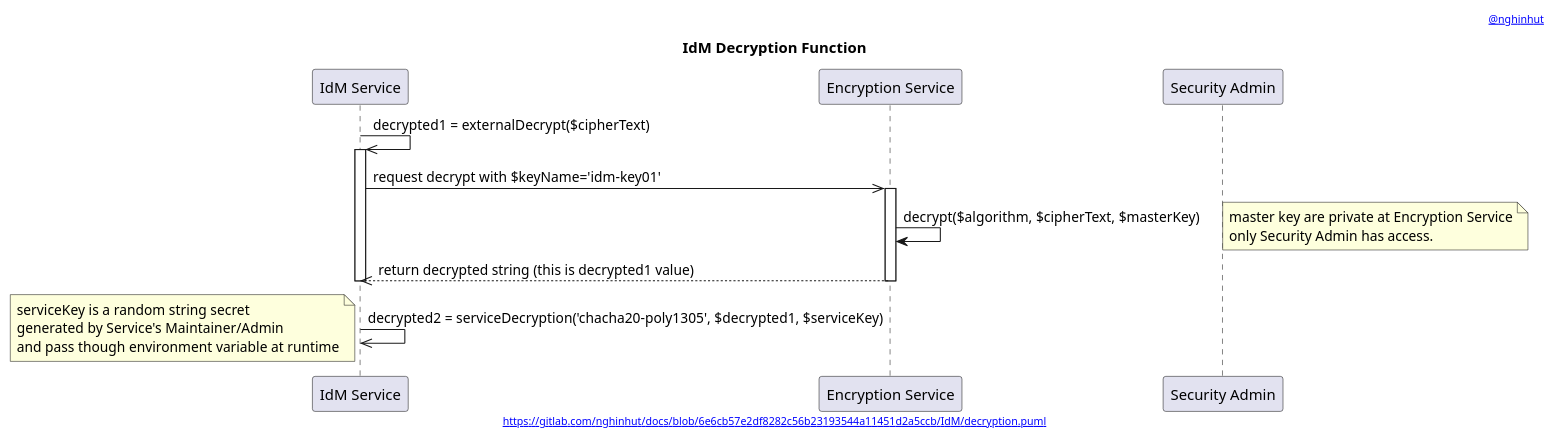
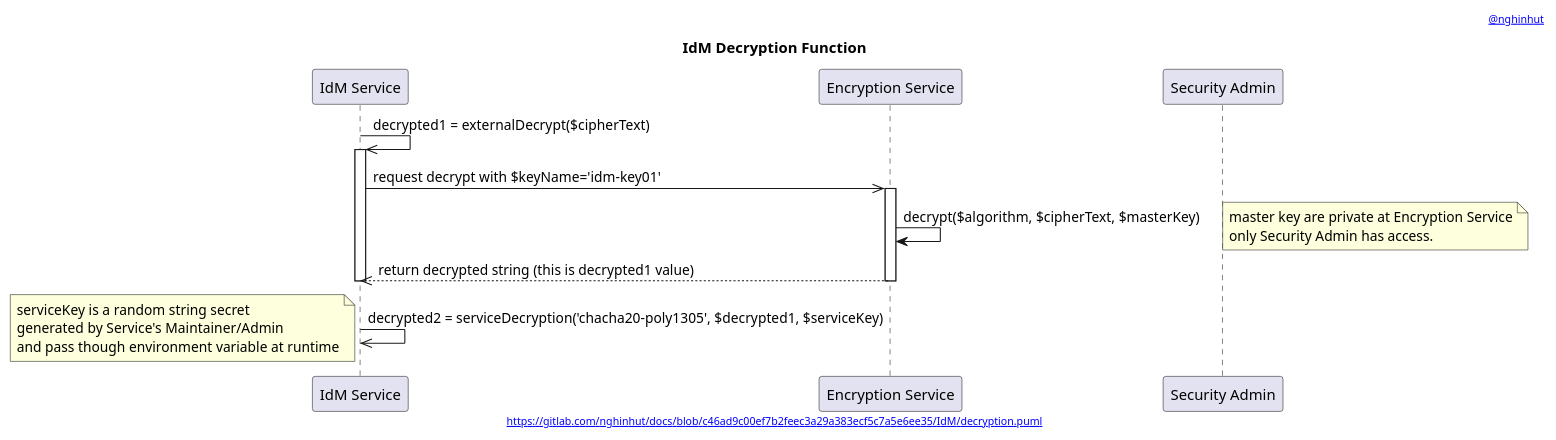
The diagram in IdM/decryption.function.puml (nghinhut/docs), drawn with PlantUML before and after one commit. The commit also changed 37 other files, not shown here.

```diff
--- a/IdM/decryption.function.puml
+++ b/IdM/decryption.function.puml
@@ -1,32 +1,32 @@
 @startuml
 '-----START auto generated metadata please keep comment here to allow auto update-----
 '-----DON'T EDIT THIS SECTION, INSTEAD RE-RUN prebuild.sh TO UPDATE-----
-header [[https://www.nghinhut.dev?from=http%5C%3A%5C%2F%5C%2Fwww%5C.plantuml%5C.com%5C%2Fplantuml%5C%2Fproxy%3Ffmt%3Dsvg%5C%26src%3Dhttps%5C%3A%5C%2F%5C%2Fgitlab%5C.com%5C%2Fnghinhut%5C%2Fdocs%5C%2Fraw%5C%2F6e6cb57e2df8282c56b23193544a11451d2a5ccb%5C%2FIdM%5C%2Fdecryption%5C.puml%0A @nghinhut]]
-footer [[http://www.plantuml.com/plantuml/proxy?fmt=svg&src=https://gitlab.com/nghinhut/docs/raw/6e6cb57e2df8282c56b23193544a11451d2a5ccb/IdM/decryption.puml https://gitlab.com/nghinhut/docs/blob/6e6cb57e2df8282c56b23193544a11451d2a5ccb/IdM/decryption.puml]]
+header [[https://www.nghinhut.dev?from=http%5C%3A%5C%2F%5C%2Fwww%5C.plantuml%5C.com%5C%2Fplantuml%5C%2Fproxy%3Ffmt%3Dsvg%5C%26src%3Dhttps%5C%3A%5C%2F%5C%2Fgitlab%5C.com%5C%2Fnghinhut%5C%2Fdocs%5C%2Fraw%5C%2Fc46ad9c00ef7b2feec3a29a383ecf5c7a5e6ee35%5C%2FIdM%5C%2Fdecryption%5C.puml%0A @nghinhut]]
+footer [[http://www.plantuml.com/plantuml/proxy?fmt=svg&src=https://gitlab.com/nghinhut/docs/raw/c46ad9c00ef7b2feec3a29a383ecf5c7a5e6ee35/IdM/decryption.puml https://gitlab.com/nghinhut/docs/blob/c46ad9c00ef7b2feec3a29a383ecf5c7a5e6ee35/IdM/decryption.puml]]
 '-----END auto generated metadata please keep comment here to allow auto update-----
 title IdM Decryption Function
 participant "IdM Service" as idm
 participant "Encryption Service" as es
 participant "Security Admin" as esAdmin
 
 
 idm ->> idm : decrypted1 = externalDecrypt($cipherText)
 activate idm
     idm ->> es : request decrypt with $keyName='idm-key01'
     activate es
         es -> es : decrypt($algorithm, $cipherText, $masterKey)
         note right
             master key are private at Encryption Service
             only Security Admin has access.
         end note
         idm <<-- es : return decrypted string (this is decrypted1 value)
     deactivate es
 deactivate idm
 
 idm ->> idm : decrypted2 = serviceDecryption('chacha20-poly1305', $decrypted1, $serviceKey)
 note left
     serviceKey is a random string secret
     generated by Service's Maintainer/Admin
     and pass though environment variable at runtime
 end note
 @enduml
```
